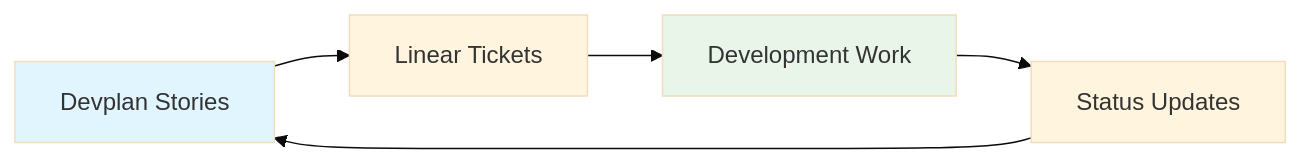
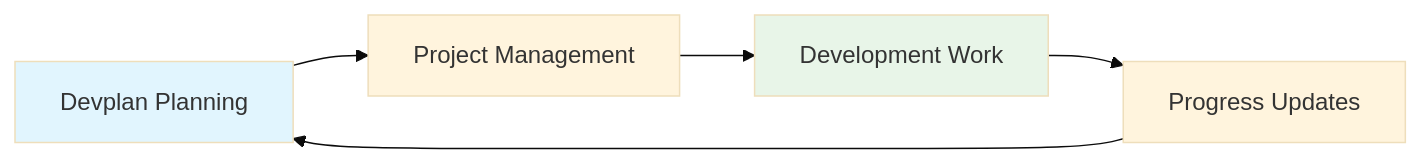
The fifth of 5 diagrams in docs/architecture.md (devplaninc/docs), drawn with Mermaid (base theme) before and after one commit. The commit also changed other lines of this file and 7 other files, not shown here.

````diff
--- a/docs/architecture.md
+++ b/docs/architecture.md
@@ -329,10 +387,10 @@
 ```mermaid
 graph LR
-    A[Devplan Stories] --> B[Linear Tickets]
+    A[Devplan Planning] --> B[Project Management]
     B --> C[Development Work]
-    C --> D[Status Updates]
+    C --> D[Progress Updates]
     D --> A
 
     style A fill:#e1f5fe
     style C fill:#e8f5e8
 ```
````
